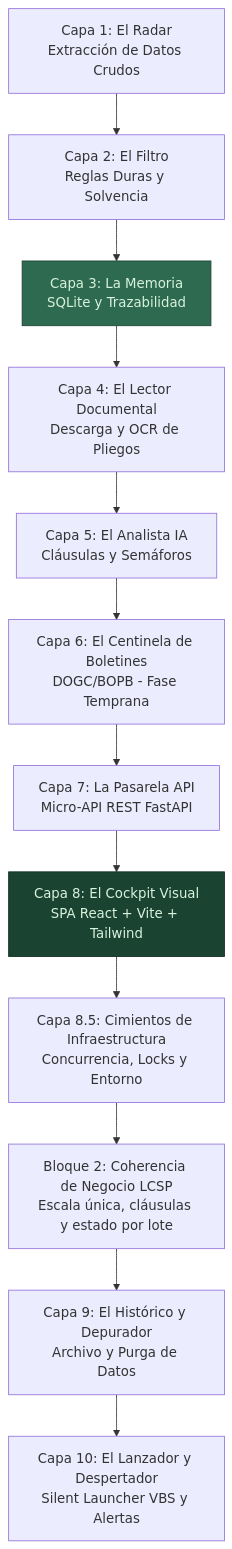
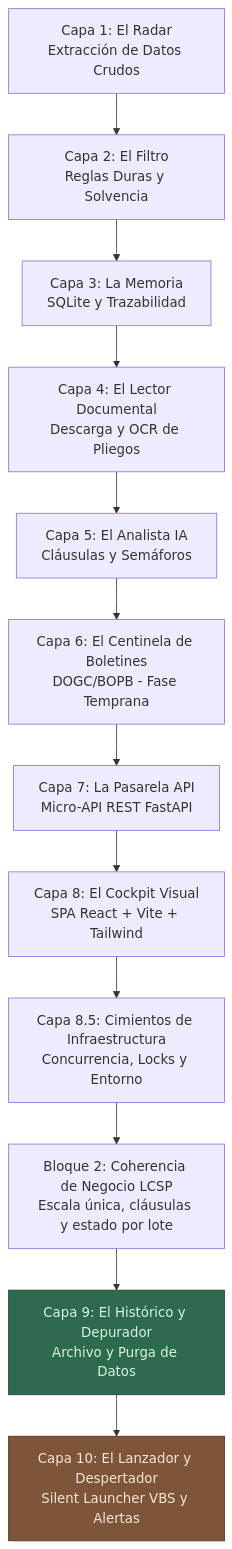
Before and after one commit to DonBorgiFR/licit-accion: the first of 5 diagrams in README.md, drawn with Mermaid. The commit also changed other lines of this file, not shown here.

````diff
--- a/README.md
+++ b/README.md
@@ -212,17 +220,17 @@
 ```mermaid
 graph TD
     C1[Capa 1: El Radar<br/>Extracción de Datos Crudos] --> C2[Capa 2: El Filtro<br/>Reglas Duras y Solvencia]
     C2 --> C3[Capa 3: La Memoria<br/>SQLite y Trazabilidad]
     C3 --> C4[Capa 4: El Lector Documental<br/>Descarga y OCR de Pliegos]
     C4 --> C5[Capa 5: El Analista IA<br/>Cláusulas y Semáforos]
     C5 --> C6[Capa 6: El Centinela de Boletines<br/>DOGC/BOPB - Fase Temprana]
     C6 --> C7[Capa 7: La Pasarela API<br/>Micro-API REST FastAPI]
     C7 --> C8[Capa 8: El Cockpit Visual<br/>SPA React + Vite + Tailwind]
     C8 --> C85[Capa 8.5: Cimientos de Infraestructura<br/>Concurrencia, Locks y Entorno]
     C85 --> B2[Bloque 2: Coherencia de Negocio LCSP<br/>Escala única, cláusulas y estado por lote]
     B2 --> C9[Capa 9: El Histórico y Depurador<br/>Archivo y Purga de Datos]
     C9 --> C10[Capa 10: El Lanzador y Despertador<br/>Silent Launcher VBS y Alertas]
 
-    style C3 fill:#2d6a4f,stroke:#1b4332,color:#d8f3dc
-    style C8 fill:#1b4332,stroke:#0f2c1e,color:#d8f3dc
+    style C9 fill:#2d6a4f,stroke:#1b4332,color:#d8f3dc
+    style C10 fill:#7f5539,stroke:#4a2f1f,color:#f3e5d8
 ```
````
